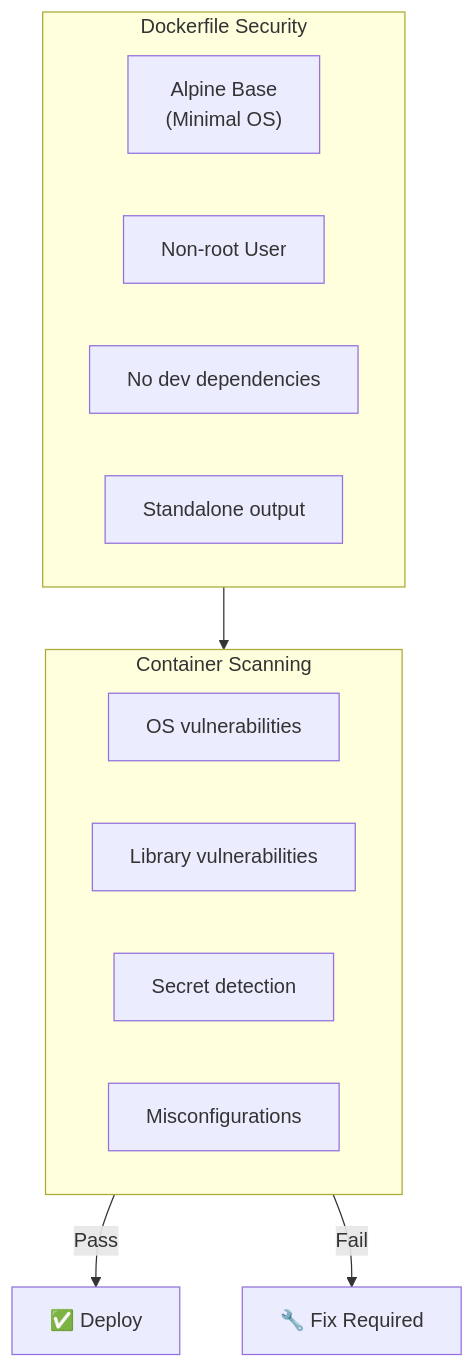
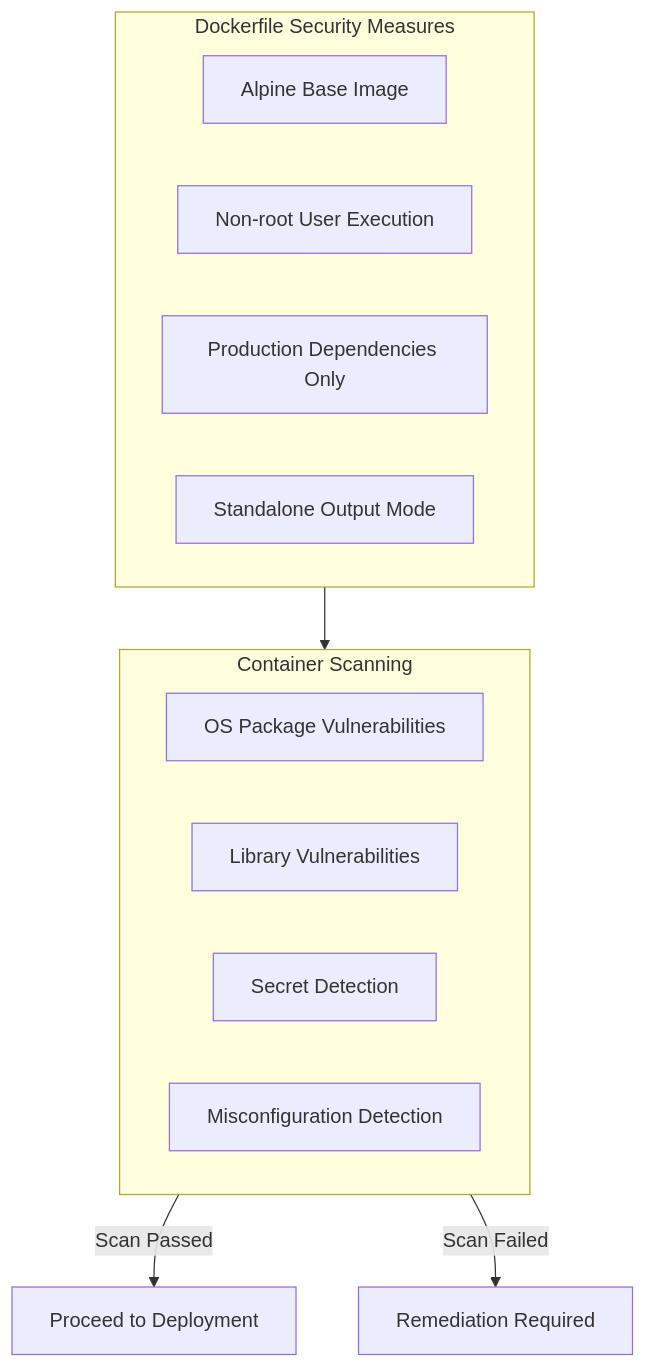
The seventh of 9 diagrams in docs/SECURITY.md (WSO2-G02/salon-booking-frontend-dev), drawn with Mermaid before and after one commit. The commit also changed other lines of this file and 2 other files, not shown here.

````diff
--- a/docs/SECURITY.md
+++ b/docs/SECURITY.md
@@ -166,20 +160,20 @@
 ```mermaid
 flowchart TB
-    subgraph Dockerfile["Dockerfile Security"]
-        base["Alpine Base\n(Minimal OS)"]
-        nonroot["Non-root User"]
-        minimal["No dev dependencies"]
-        standalone["Standalone output"]
+    subgraph DockerSecurity["Dockerfile Security Measures"]
+        base["Alpine Base Image"]
+        nonroot["Non-root User Execution"]
+        minimal["Production Dependencies Only"]
+        standalone["Standalone Output Mode"]
+    end
+
+    subgraph ContainerScanning["Container Scanning"]
+        os["OS Package Vulnerabilities"]
+        libs["Library Vulnerabilities"]
+        secrets["Secret Detection"]
+        misconfig["Misconfiguration Detection"]
     end
     
-    subgraph Scan["Container Scanning"]
-        os["OS vulnerabilities"]
-        libs["Library vulnerabilities"]
-        secrets["Secret detection"]
-        misconfig["Misconfigurations"]
-    end
-    
-    Dockerfile --> Scan
-    Scan --> |Pass| deploy["✅ Deploy"]
-    Scan --> |Fail| fix["🔧 Fix Required"]
+    DockerSecurity --> ContainerScanning
+    ContainerScanning --> |"Scan Passed"| deploy["Proceed to Deployment"]
+    ContainerScanning --> |"Scan Failed"| remediate["Remediation Required"]
 ```
````
